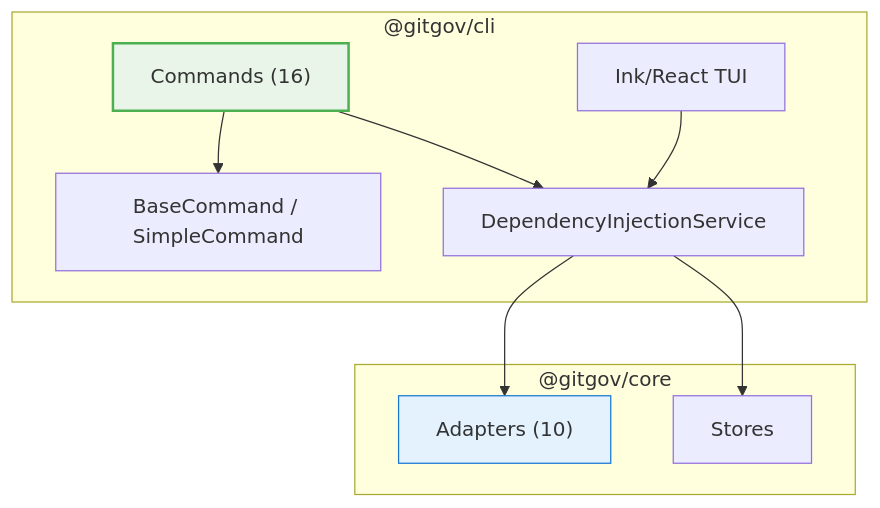
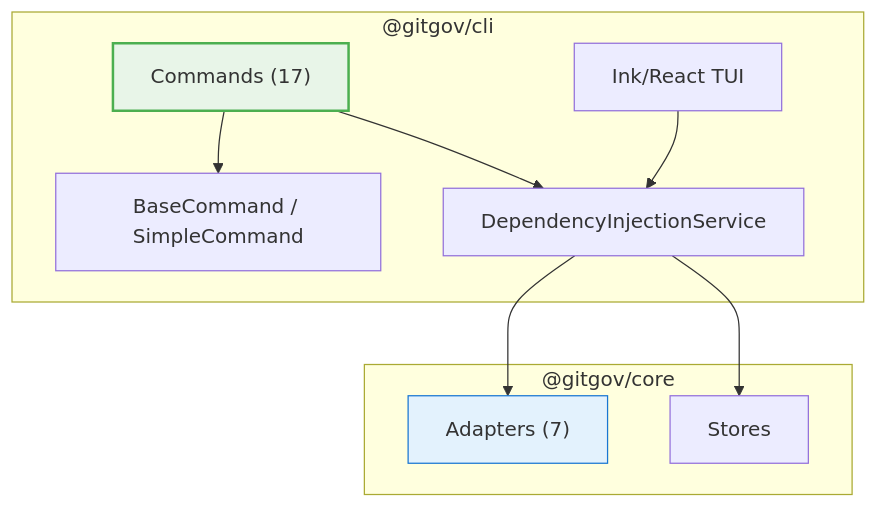
One commit to gitgovernance/monorepo changed the diagram in packages/cli/README.md. Above: the diagram before and after it, drawn with Mermaid. The commit also changed other lines of this file and 8 other files, not shown here.

First line of the commit message:
feat: doc coherence + README/AGENTS.md architecture + code fixes

````diff
--- a/packages/cli/README.md
+++ b/packages/cli/README.md
@@ -145,24 +146,24 @@
 ```mermaid
 graph TD
     subgraph "@gitgov/cli"
-        Commands["Commands (16)"]
+        Commands["Commands (17)"]
         Base["BaseCommand / SimpleCommand"]
         DI["DependencyInjectionService"]
         TUI["Ink/React TUI"]
 
         Commands --> Base
         Commands --> DI
         TUI --> DI
     end
 
     subgraph "@gitgov/core"
-        Adapters["Adapters (10)"]
+        Adapters["Adapters (7)"]
         Stores["Stores"]
     end
 
     DI --> Adapters
     DI --> Stores
 
     style Commands fill:#e8f5e8,stroke:#4caf50,stroke-width:2px
     style Adapters fill:#e3f2fd,stroke:#1976d2
 ```
````
